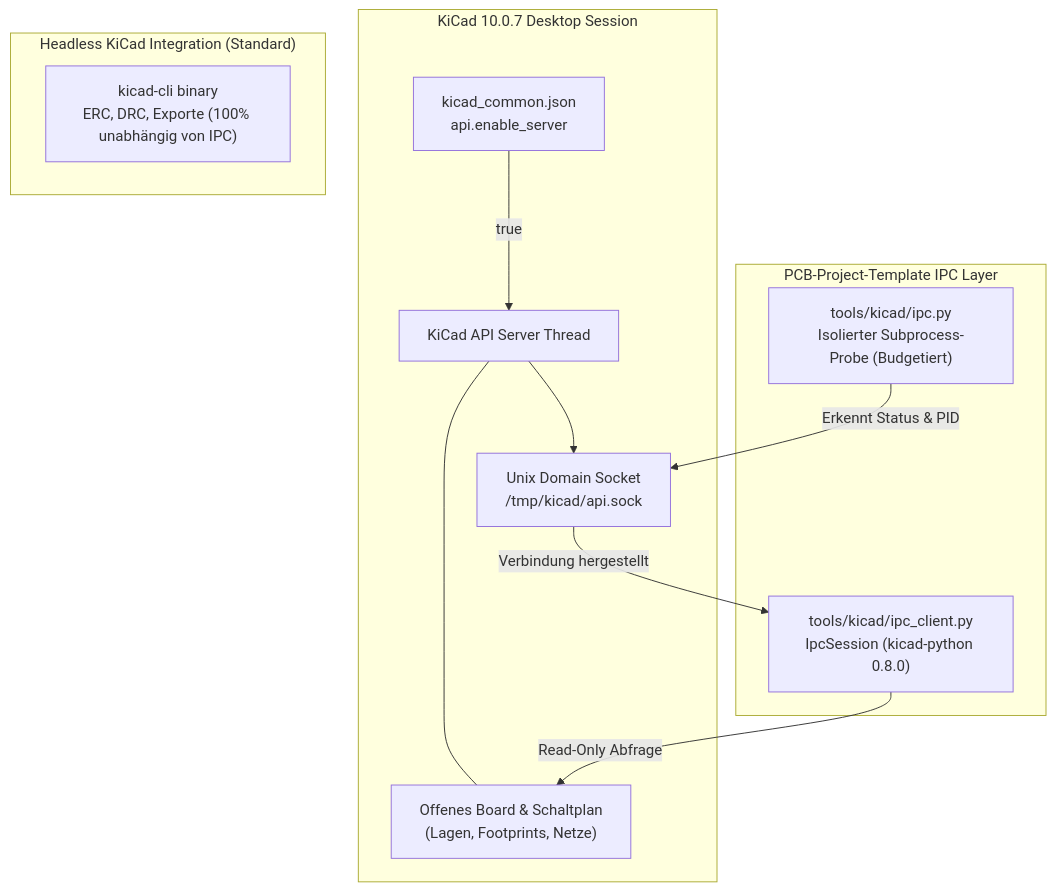
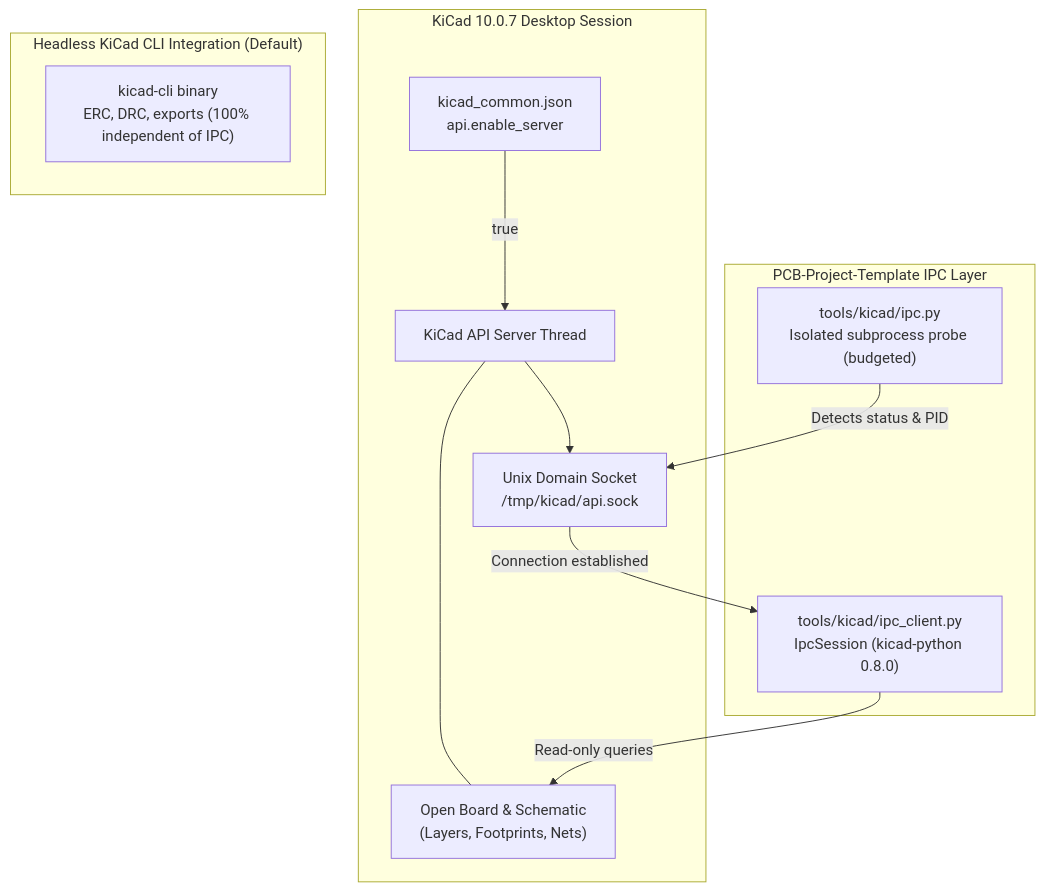
One commit to CagriCatik/PCB-Project-Template changed the diagram in docs/KICAD_IPC.md. Above: the diagram before and after it, drawn with Mermaid. The commit also changed 18 other files, not shown here.

````diff
--- a/docs/KICAD_IPC.md
+++ b/docs/KICAD_IPC.md
@@ -19,26 +19,26 @@
 ```mermaid
 graph TD
     subgraph KiCadApp ["KiCad 10.0.7 Desktop Session"]
         PREF["kicad_common.json<br/>api.enable_server"]
         SERVER["KiCad API Server Thread"]
         SOCKET["Unix Domain Socket<br/>/tmp/kicad/api.sock"]
-        DOCS["Offenes Board &amp; Schaltplan<br/>(Lagen, Footprints, Netze)"]
+        DOCS["Open Board &amp; Schematic<br/>(Layers, Footprints, Nets)"]
     end
 
     subgraph KitIPC ["PCB-Project-Template IPC Layer"]
-        PROBE["tools/kicad/ipc.py<br/>Isolierter Subprocess-Probe (Budgetiert)"]
+        PROBE["tools/kicad/ipc.py<br/>Isolated subprocess probe (budgeted)"]
         SESSION["tools/kicad/ipc_client.py<br/>IpcSession (kicad-python 0.8.0)"]
     end
 
-    subgraph CLIFallback ["Headless KiCad Integration (Standard)"]
-        KICAD_CLI["kicad-cli binary<br/>ERC, DRC, Exporte (100% unabhängig von IPC)"]
+    subgraph CLIFallback ["Headless KiCad CLI Integration (Default)"]
+        KICAD_CLI["kicad-cli binary<br/>ERC, DRC, exports (100% independent of IPC)"]
     end
 
     PREF -->|true| SERVER
     SERVER --> SOCKET
     SERVER --- DOCS
 
-    PROBE -->|Erkennt Status &amp; PID| SOCKET
-    SOCKET -->|Verbindung hergestellt| SESSION
-    SESSION -->|Read-Only Abfrage| DOCS
+    PROBE -->|Detects status &amp; PID| SOCKET
+    SOCKET -->|Connection established| SESSION
+    SESSION -->|Read-only queries| DOCS
 ```
````
